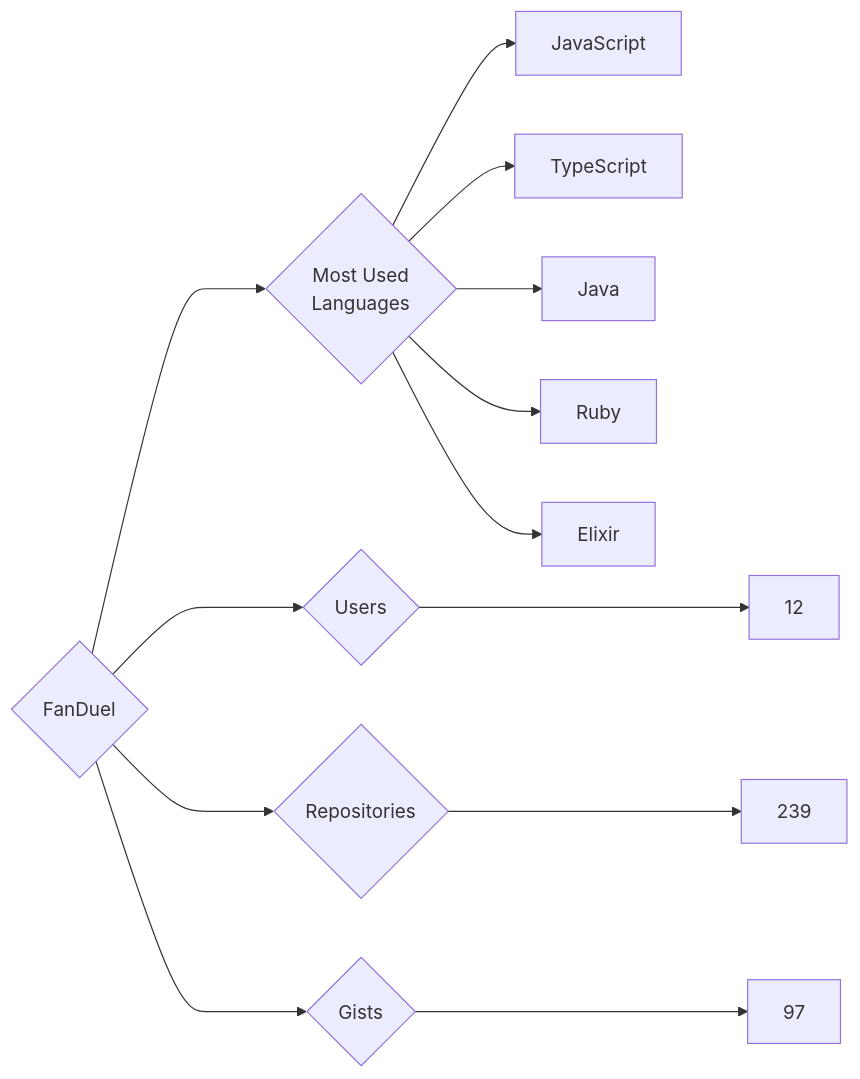
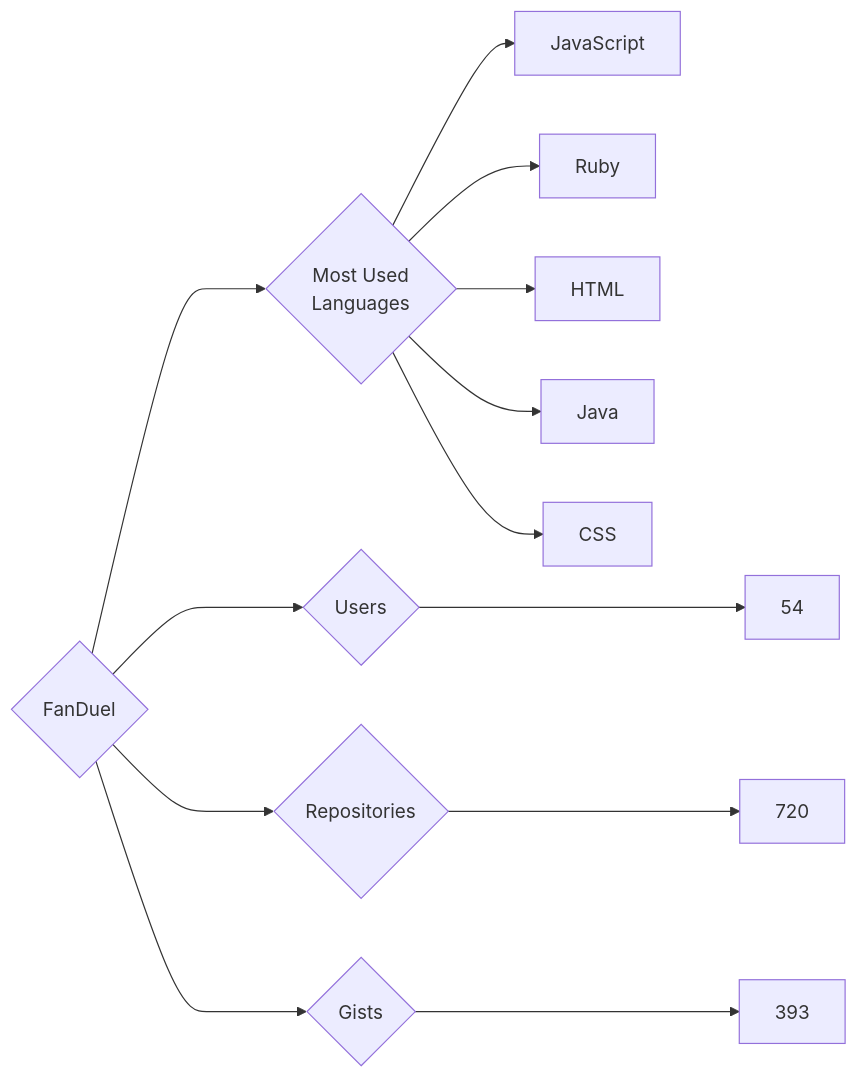
Before and after one commit to trickest/insiders: the diagram in targets/FanDuel/README.md, drawn with Mermaid. The commit also changed 930 other files, not shown here.

````diff
--- a/targets/FanDuel/README.md
+++ b/targets/FanDuel/README.md
@@ -3,13 +3,13 @@
 ```mermaid
 graph LR
 COMPANY_NAME{FanDuel}
-COMPANY_NAME ---> U{Users} ---> UN[12]
-COMPANY_NAME ---> R{Repositories} ---> RN[239]
-COMPANY_NAME ---> G{Gists} ---> GN[97]
+COMPANY_NAME ---> U{Users} ---> UN[54]
+COMPANY_NAME ---> R{Repositories} ---> RN[720]
+COMPANY_NAME ---> G{Gists} ---> GN[393]
 COMPANY_NAME ---> ML{Most Used<br>Languages}
 ML --> JavaScript[JavaScript]
-ML --> TypeScript[TypeScript]
+ML --> Ruby[Ruby]
+ML --> HTML[HTML]
 ML --> Java[Java]
-ML --> Ruby[Ruby]
-ML --> Elixir[Elixir]
+ML --> CSS[CSS]
 ```
````
